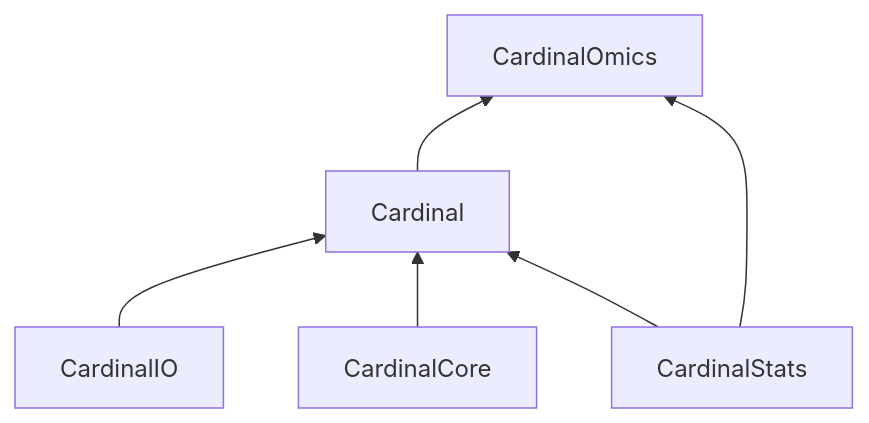
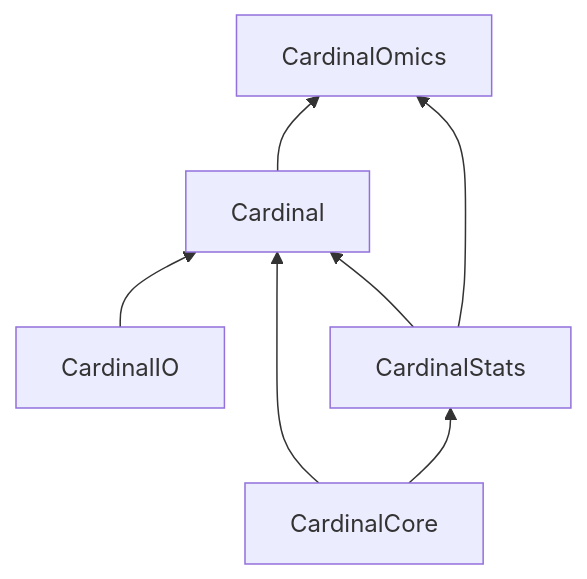
Before and after one commit to Cardinalverse/.github: the diagram in profile/README.md, drawn with Mermaid.

Commit message:
Add CardinalCore->CardinalStats to flowchart in README

````diff
--- a/profile/README.md
+++ b/profile/README.md
@@ -13,8 +13,9 @@
 ```mermaid
 flowchart BT
     CardinalIO --> Cardinal
     CardinalCore --> Cardinal
+    CardinalCore --> CardinalStats
     CardinalStats --> Cardinal
     Cardinal --> CardinalOmics
     CardinalStats --> CardinalOmics
 ```
````
